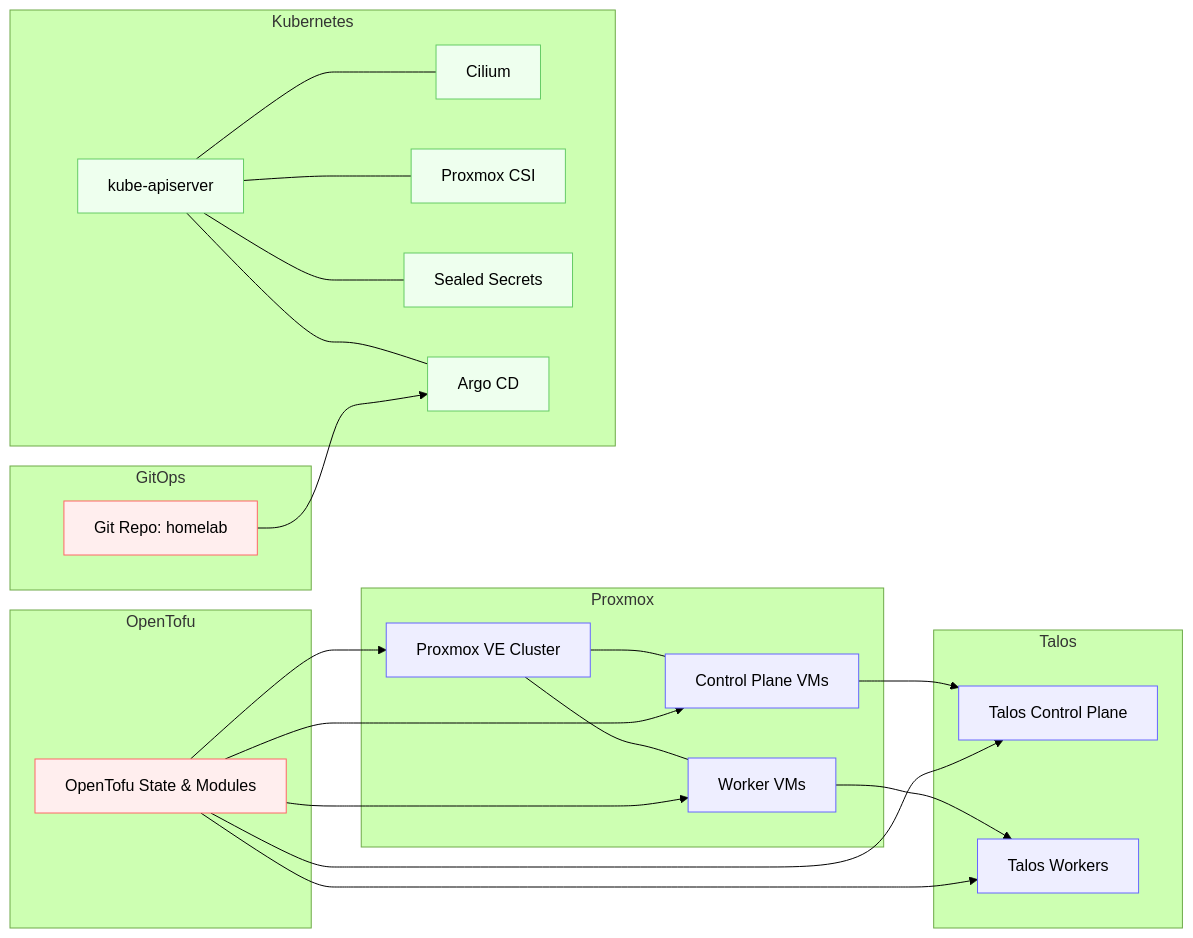
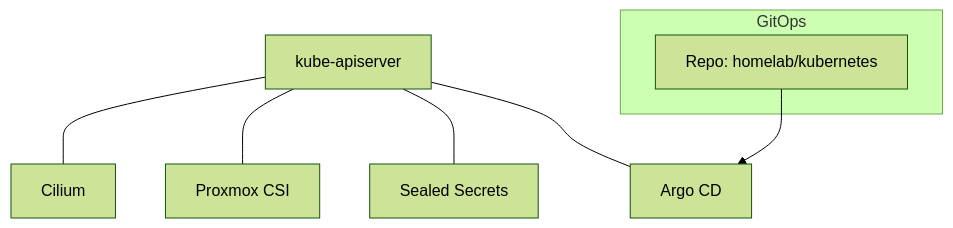
The second of 2 diagrams in wiki/architecture.md (lazercube/homelab), drawn with Mermaid (forest theme) before and after one commit. The commit also changed other lines of this file, not shown here.

Commit message:
change architecture diagram

````diff
--- a/wiki/architecture.md
+++ b/wiki/architecture.md
@@ -5,52 +48,18 @@
 ```mermaid
-flowchart LR
-    subgraph Proxmox
-      PVE[Proxmox VE Cluster]
-      VMCP[Control Plane VMs]
-      VMW[Worker VMs]
-      PVE --- VMCP
-      PVE --- VMW
-    end
+flowchart TB
+  API[kube-apiserver]
+  CNI[Cilium]
+  CSI[Proxmox CSI]
+  Sealed[Sealed Secrets]
+  Argo[Argo CD]
 
-    subgraph Talos
-      TALOSCP[Talos Control Plane]
-      TALOSW[Talos Workers]
-      VMCP --> TALOSCP
-      VMW  --> TALOSW
-    end
+  API --- CNI
+  API --- CSI
+  API --- Sealed
+  API --- Argo
 
-    subgraph Kubernetes
-      API[kube-apiserver]
-      CNI[Cilium]
-      CSI[Proxmox CSI]
-      Sealed[Sealed Secrets]
-      Argo[Argo CD]
-      API --- CNI
-      API --- CSI
-      API --- Sealed
-      API --- Argo
-    end
-
-    subgraph GitOps
-      Repo[Git Repo: homelab]
-      Repo --> Argo
-    end
-
-    subgraph OpenTofu
-      Tofu[OpenTofu State & Modules]
-      Tofu --> PVE
-      Tofu --> VMCP
-      Tofu --> VMW
-      Tofu --> TALOSCP
-      Tofu --> TALOSW
-    end
-
-    classDef infra fill:#eef,stroke:#66f,stroke-width:1px;
-    classDef kube fill:#efe,stroke:#6c6,stroke-width:1px;
-    classDef ops fill:#fee,stroke:#f66,stroke-width:1px;
-
-    class PVE,VMCP,VMW infra
-    class TALOSCP,TALOSW infra
-    class API,CNI,CSI,Sealed,Argo kube
-    class Repo,Tofu ops
+  subgraph GitOps
+    Repo[Repo: homelab/kubernetes]
+  end
+  Repo --> Argo
 ```
````
